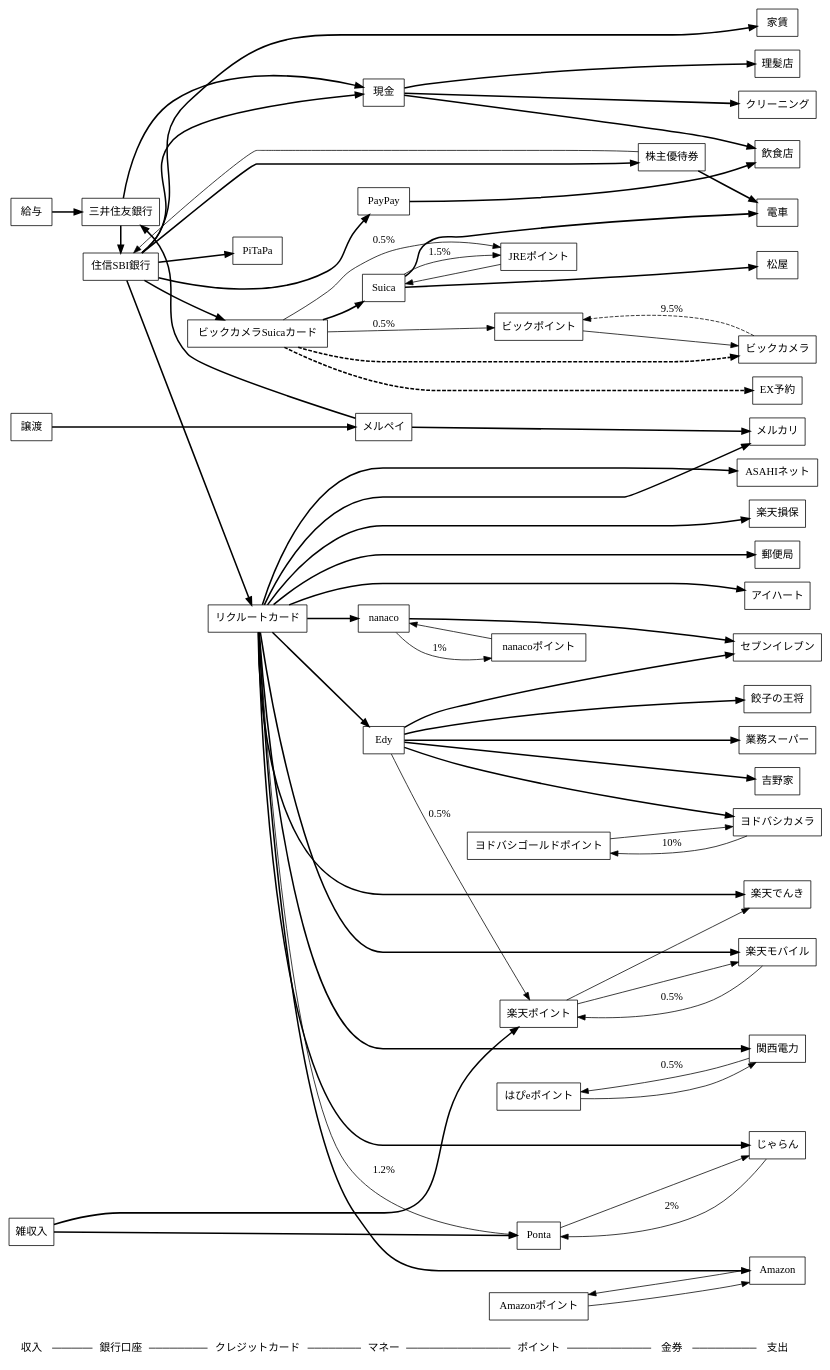
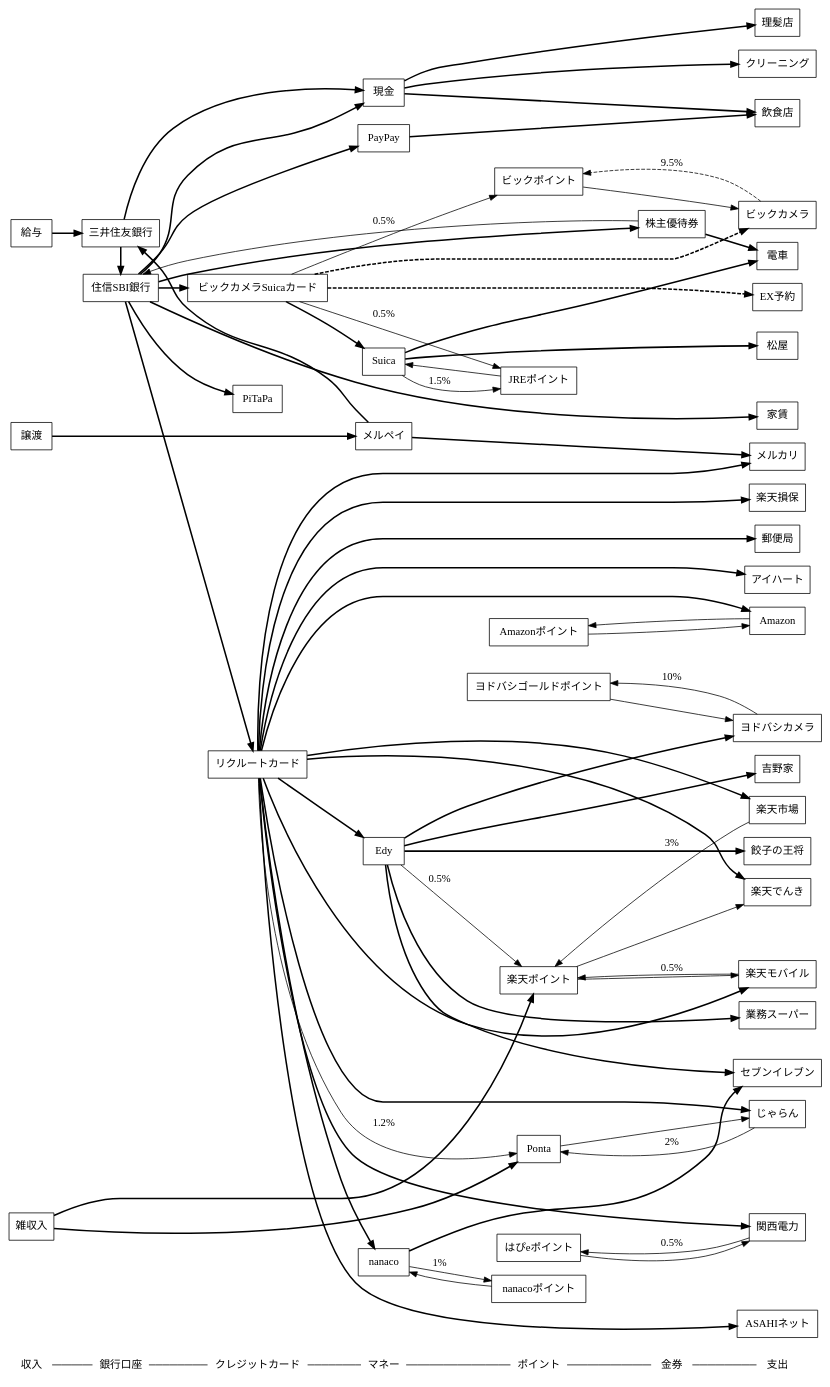
One commit to saireya/moneyflow changed the diagram in moneyflow.dot. Above: the diagram before and after it, drawn with Graphviz. The commit also changed 1 other file, not shown here.

```diff
--- a/moneyflow.dot
+++ b/moneyflow.dot
@@ -1,164 +1,167 @@
 // dot -Tsvg moneyflow.dot -o moneyflow.svg
 // edge: bold: 支出, solid: 還元(label:還元率), dashed: Obsolete
 digraph "MoneyFlow"
 {
 	graph [ rankdir = LR ];
 	node [ shape = box ];
 
 	"収入", "銀行口座", "クレジットカード", "マネー", "ポイント", "金券", "支出" [shape = none];
 	"収入" -> "銀行口座" -> "クレジットカード" -> "マネー" -> "ポイント" -> "金券" -> "支出" [arrowhead = none];
 	{
 		rank = same; "収入";
 		給与;
 		譲渡;
 		雑収入;
 	}
 
 	{
 		rank = same; "銀行口座";
 		三井住友銀行;
 		住信SBI銀行;
 	}
 
 	{
 		rank = same; "クレジットカード";
 		ビックカメラSuicaカード;
 		リクルートカード;
 		PiTaPa;
 	}
 
 	{
 		rank = same; "マネー";
 		Suica;
 		現金;
 		nanaco;
 		Edy;
 		PayPay;
 		メルペイ;
 	}
 
 	{
 		rank = same; "ポイント";
 		// 共通ポイント
 		Ponta;
 		楽天ポイント;
 		// クレジットカード関係
 		JREポイント;
 		// 独自ポイント
 		ビックポイント;
 		Amazonポイント;
 		nanacoポイント;
 		ヨドバシゴールドポイント;
 		はぴeポイント;
 	}
 
 	{
 		rank = same; "金券";
 		株主優待券;
 	}
 
 	{
 		rank = same; "支出";
 		家賃;
 		// コンビニ
 		セブンイレブン;
 		// 交通
 		電車;
 		// インフラ
 		ASAHIネット;
 		楽天モバイル;
 		楽天でんき;
 		関西電力;
 		楽天損保;
 		郵便局;
 		// 店舗
 		アイハート;
 		ビックカメラ;
 		ヨドバシカメラ;
 		餃子の王将;
 		飲食店;
 		業務スーパー;
 		松屋;
 		吉野家;
 		理髪店;
 		クリーニング;
 		// ネット
 		Amazon;
 		EX予約;
 		じゃらん;
 		メルカリ;
+		楽天市場;
 	}
 
 	// SMBC
 	給与 -> 三井住友銀行 [style="bold", weight=100];
 	三井住友銀行 -> 現金, 住信SBI銀行 [style="bold", weight=100];
 
 	// ビックカメラSuicaカード
 	ビックカメラSuicaカード -> JREポイント [label="0.5%"];
 	ビックカメラSuicaカード -> ビックカメラ [style="bold,dashed", weight=100];
 	ビックカメラ -> ビックポイント [style="dashed", label="9.5%"];
 	ビックカメラSuicaカード -> ビックポイント [label="0.5%"]
 	ビックポイント -> ビックカメラ;
 	ビックカメラSuicaカード -> Suica -> 電車 [style="bold", weight=100];
 	Suica -> 松屋 [style="bold", weight=100];
 	ビックカメラSuicaカード -> EX予約 [style="bold,dashed", weight=100];
 	Suica -> JREポイント [label="1.5%"];
 	JREポイント -> Suica;
 
 	// 住信SBI
 	住信SBI銀行 -> 現金 [style="bold", weight=100];
 	住信SBI銀行 -> 家賃 [style="bold", weight=100];
 	住信SBI銀行 -> ビックカメラSuicaカード, リクルートカード, PiTaPa [style="bold", weight=100];
 	住信SBI銀行 -> PayPay [style="bold", weight=100];
 	PayPay -> 飲食店 [style="bold", weight=100];
 	住信SBI銀行 -> 株主優待券 [style="bold", weight=100];
 	株主優待券 -> 電車 [style="bold", weight=100];
 	株主優待券 -> 住信SBI銀行;
 
 	// リクルートカード
 	リクルートカード -> ASAHIネット [style="bold", weight=100];
 	リクルートカード -> Amazon [style="bold", weight=100];
 	リクルートカード -> じゃらん [style="bold", weight=100];
 	リクルートカード -> アイハート [style="bold", weight=100];
 	リクルートカード -> 関西電力 [style="bold", weight=100];
 	関西電力 -> はぴeポイント [label="0.5%"];
 	はぴeポイント -> 関西電力;
 	リクルートカード -> 楽天でんき [style="bold", weight=100];
 	リクルートカード -> 楽天損保 [style="bold", weight=100];
+	リクルートカード -> 楽天市場 [style="bold", weight=100];
+	楽天市場 -> 楽天ポイント [label="3%"];
 	リクルートカード -> 楽天モバイル [style="bold", weight=100];
 	楽天モバイル -> 楽天ポイント [label="0.5%"];
 	楽天ポイント -> 楽天モバイル, 楽天でんき;
 	リクルートカード -> Edy [style="bold", weight=100];
 	Edy -> ヨドバシカメラ [style="bold", weight=100];
 	ヨドバシカメラ -> ヨドバシゴールドポイント [label="10%"];
 	ヨドバシゴールドポイント -> ヨドバシカメラ;
 	Edy -> 吉野家 [style="bold", weight=100];
 	Edy -> 楽天ポイント [label="0.5%"];
 	リクルートカード -> Ponta [label="1.2%"];
 	Ponta -> じゃらん;
 	じゃらん -> Ponta [label="2%"];
 	Amazon -> Amazonポイント -> Amazon;
 	リクルートカード -> nanaco [style="bold", weight=100];
 	nanaco -> セブンイレブン [style="bold", weight=100];
 	nanaco -> nanacoポイント [label="1%"];
 	nanacoポイント -> nanaco;
 	Edy -> 業務スーパー [style="bold", weight=100];
 	Edy -> 餃子の王将 [style="bold", weight=100];
 	リクルートカード -> 郵便局 [style="bold", weight=100];
 	Edy -> セブンイレブン [style="bold", weight=100];
 
 	// 現金
 	現金 -> 飲食店 [style="bold", weight=100];
 	現金 -> 理髪店 [style="bold", weight=100];
 	現金 -> クリーニング [style="bold", weight=100];
 
 	// 譲渡
 	譲渡 -> メルペイ [style="bold", weight=100];
 	メルペイ -> メルカリ [style="bold", weight=100];
 	メルペイ -> 三井住友銀行 [style="bold", weight=100];
 	リクルートカード -> メルカリ [style="bold", weight=100];
 
 	// 雑収入
 	雑収入 -> 楽天ポイント [style="bold", weight=100];
 	雑収入 -> Ponta [style="bold", weight=100];
 }
```
